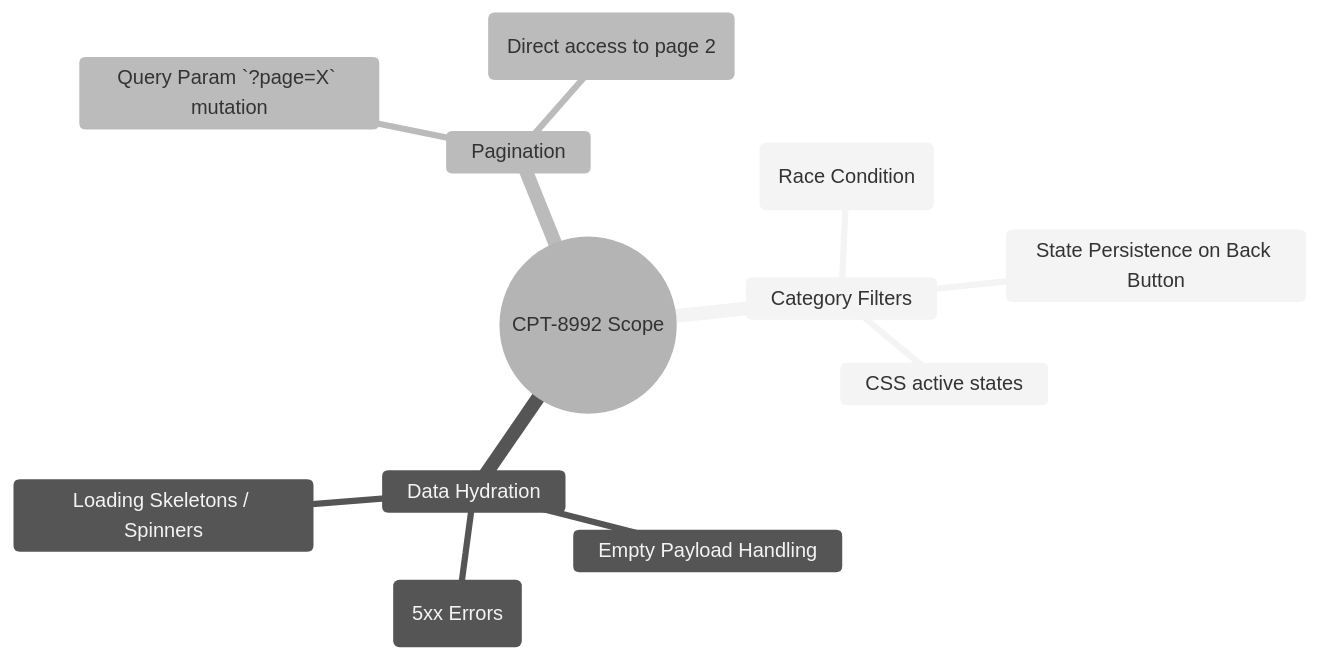
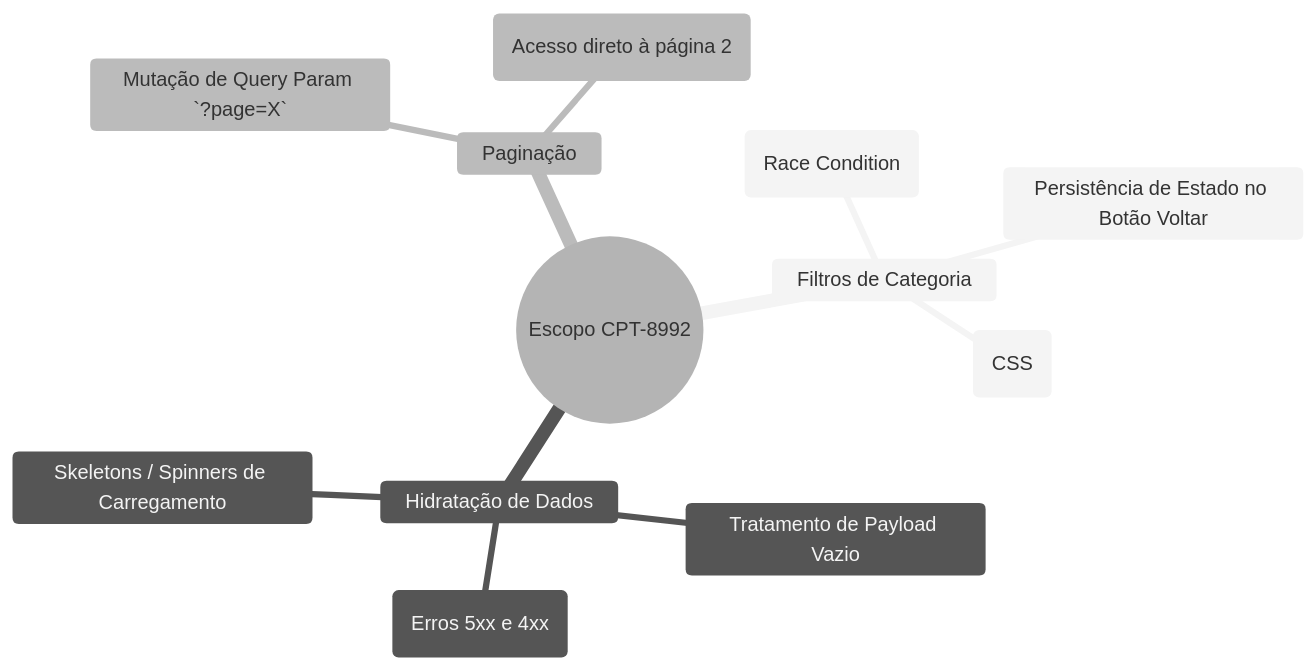
Before and after one commit to leovtavares/playwright-e2e-automation: the diagram in comptia/1_exploratory_mindmap.md, drawn with Mermaid (neutral theme). The commit also changed other lines of this file and 4 other files, not shown here.

Commit message:
♻️ PORT-101: refactor architecture moving markdowns to docs folder

````diff
--- a/comptia/1_exploratory_mindmap.md
+++ b/comptia/1_exploratory_mindmap.md
@@ -13,15 +13,15 @@
 ```mermaid
 mindmap
-  root((CPT-8992 Scope))
-    Category Filters
-      Concurrent Clicks (Race Condition)
-      State Persistence on Back Button
-      CSS active states
-    Data Hydration
-      Loading Skeletons / Spinners
-      Fallback UI (5xx Errors)
-      Empty Payload Handling
-    Pagination
-      Query Param `?page=X` mutation
-      Deep Linking (Direct access to page 2)
+  root((Escopo CPT-8992))
+    Filtros de Categoria
+      Cliques Concorrentes (Race Condition)
+      Persistência de Estado no Botão Voltar
+      Estados ativos (CSS)
+    Hidratação de Dados
+      Skeletons / Spinners de Carregamento
+      UI de Fallback (Erros 5xx e 4xx)
+      Tratamento de Payload Vazio
+    Paginação
+      Mutação de Query Param `?page=X`
+      Deep Linking (Acesso direto à página 2)
 ```
````
